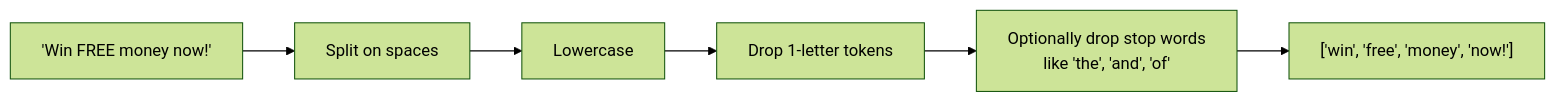
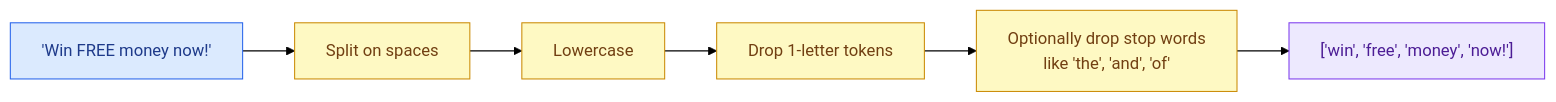
The second of 3 diagrams in ALGORITHM.md (mohanakrishnavh/naive-bayes), drawn with Mermaid (forest theme) before and after one commit. The commit also changed other lines of this file, not shown here.

Commit message:
Add colour styling to Mermaid diagrams

````diff
--- a/ALGORITHM.md
+++ b/ALGORITHM.md
@@ -24,8 +36,17 @@
 ```mermaid
 flowchart LR
     T["'Win FREE money now!'"] --> S[Split on spaces]
     S --> L[Lowercase]
     L --> O[Drop 1-letter tokens]
     O --> W[Optionally drop stop words<br/>like 'the', 'and', 'of']
     W --> R["['win', 'free', 'money', 'now!']"]
+    class T data
+    class S,L,O,W step
+    class R model
+    classDef data fill:#dbeafe,stroke:#2563eb,color:#1e3a8a
+    classDef step fill:#fef9c3,stroke:#ca8a04,color:#713f12
+    classDef model fill:#ede9fe,stroke:#7c3aed,color:#4c1d95
+    classDef decision fill:#ffedd5,stroke:#ea580c,color:#7c2d12
+    classDef ham fill:#dcfce7,stroke:#16a34a,color:#14532d
+    classDef spam fill:#fee2e2,stroke:#dc2626,color:#7f1d1d
 ```
````
